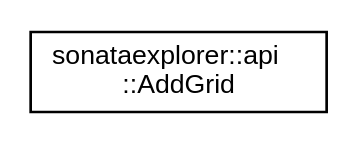
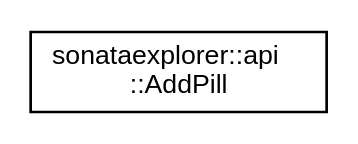
The diagram in docs/inherit_graph_216.dot (BlueBrain/BioExplorer), drawn with Graphviz before and after one commit. The commit also changed 679 other files, not shown here.

```diff
--- a/docs/inherit_graph_216.dot
+++ b/docs/inherit_graph_216.dot
@@ -1,8 +1,8 @@
 digraph "Graphical Class Hierarchy"
 {
  // LATEX_PDF_SIZE
   edge [fontname="Helvetica",fontsize="10",labelfontname="Helvetica",labelfontsize="10"];
   node [fontname="Helvetica",fontsize="10",shape=record];
   rankdir="LR";
-  Node0 [label="sonataexplorer::api\l::AddGrid",height=0.2,width=0.4,color="black", fillcolor="white", style="filled",URL="$d7/d90/structsonataexplorer_1_1api_1_1AddGrid.html",tooltip=" "];
+  Node0 [label="sonataexplorer::api\l::AddPill",height=0.2,width=0.4,color="black", fillcolor="white", style="filled",URL="$d3/de9/structsonataexplorer_1_1api_1_1AddPill.html",tooltip=" "];
 }
```
